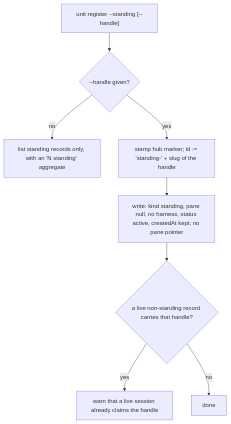
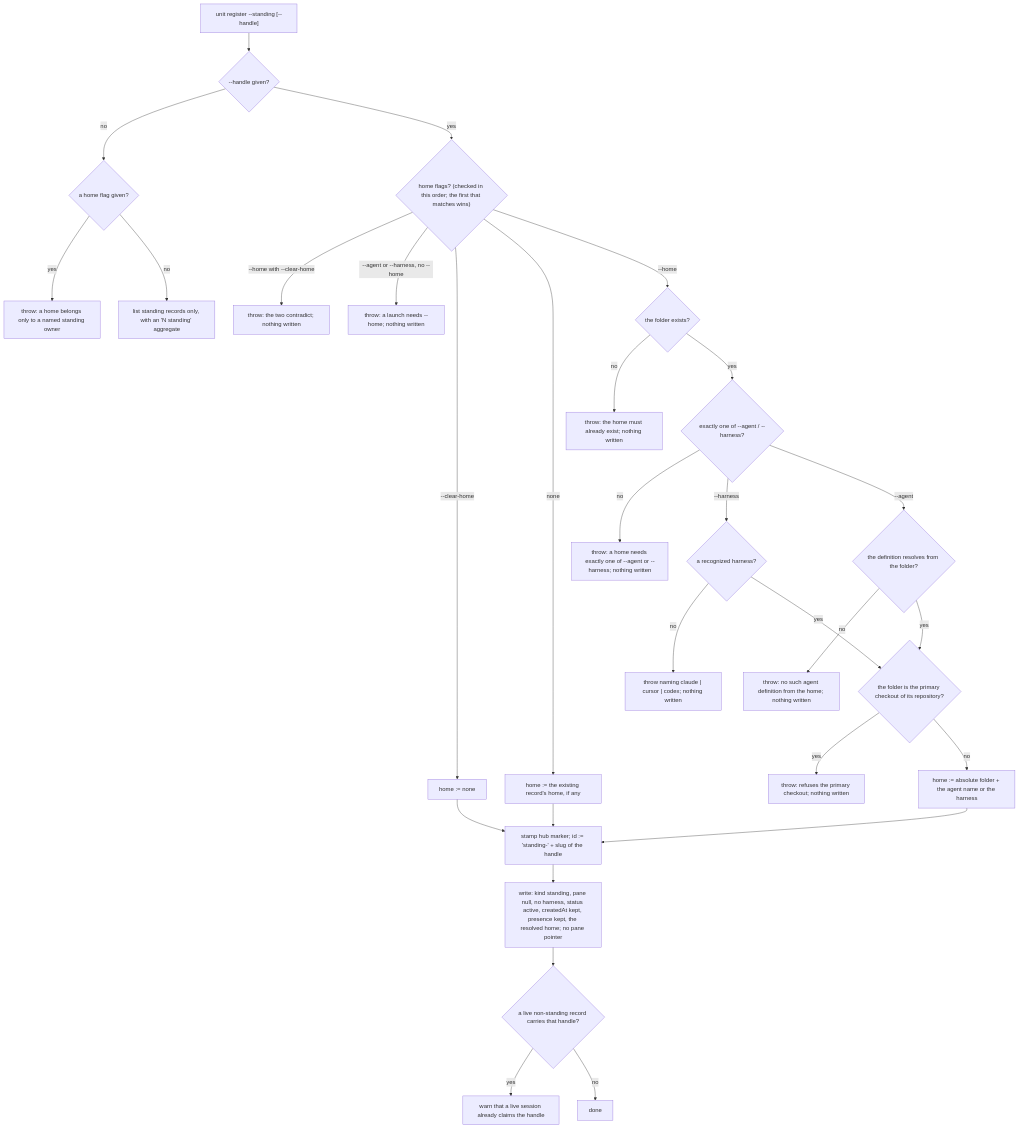
The second of 13 diagrams in packages/cyberlegion/.agents/spec/unit/registry/README.md (cyberuni/cyberlegion), drawn with Mermaid before and after one commit. The commit also changed other lines of this file and 24 other files, not shown here.

First line of the commit message:
feat: spawn a standing owner's presence into its home on delivery (#155)

````diff
--- a/packages/cyberlegion/.agents/spec/unit/registry/README.md
+++ b/packages/cyberlegion/.agents/spec/unit/registry/README.md
@@ -370,10 +421,31 @@
 ```mermaid
 graph TD
   SR0["unit register --standing [--handle]"] --> SR1{"--handle given?"}
-  SR1 -- no --> SR1L["list standing records only, with an 'N standing' aggregate"]
-  SR1 -- yes --> SR2["stamp hub marker; id := 'standing-' + slug of the handle"]
-  SR2 --> SR3["write: kind standing, pane null, no harness, status active, createdAt kept; no pane pointer"]
+  SR1 -- no --> SR1H{"a home flag given?"}
+  SR1H -- yes --> SR1HX["throw: a home belongs only to a named standing owner"]
+  SR1H -- no --> SR1L["list standing records only, with an 'N standing' aggregate"]
+  SR1 -- yes --> SRH{"home flags? (checked in this order; the first that matches wins)"}
+  SRH -- "--home with --clear-home" --> SRHC["throw: the two contradict; nothing written"]
+  SRH -- "--agent or --harness, no --home" --> SRHN["throw: a launch needs --home; nothing written"]
+  SRH -- "--clear-home" --> SRHD["home := none"]
+  SRH -- none --> SRHK["home := the existing record's home, if any"]
+  SRH -- "--home" --> SRH1{"the folder exists?"}
+  SRH1 -- no --> SRH1X["throw: the home must already exist; nothing written"]
+  SRH1 -- yes --> SRH2{"exactly one of --agent / --harness?"}
+  SRH2 -- no --> SRH2X["throw: a home needs exactly one of --agent or --harness; nothing written"]
+  SRH2 -- "--harness" --> SRH3{"a recognized harness?"}
+  SRH3 -- no --> SRH3X["throw naming claude | cursor | codex; nothing written"]
+  SRH2 -- "--agent" --> SRH4{"the definition resolves from the folder?"}
+  SRH4 -- no --> SRH4X["throw: no such agent definition from the home; nothing written"]
+  SRH3 -- yes --> SRH5{"the folder is the primary checkout of its repository?"}
+  SRH4 -- yes --> SRH5
+  SRH5 -- yes --> SRH5X["throw: refuses the primary checkout; nothing written"]
+  SRH5 -- no --> SRH6["home := absolute folder + the agent name or the harness"]
+  SRHD --> SR2
+  SRHK --> SR2
+  SRH6 --> SR2["stamp hub marker; id := 'standing-' + slug of the handle"]
+  SR2 --> SR3["write: kind standing, pane null, no harness, status active, createdAt kept, presence kept, the resolved home; no pane pointer"]
   SR3 --> SR4{"a live non-standing record carries that handle?"}
   SR4 -- yes --> SR4W["warn that a live session already claims the handle"]
   SR4 -- no --> SR5["done"]
 ```
````
